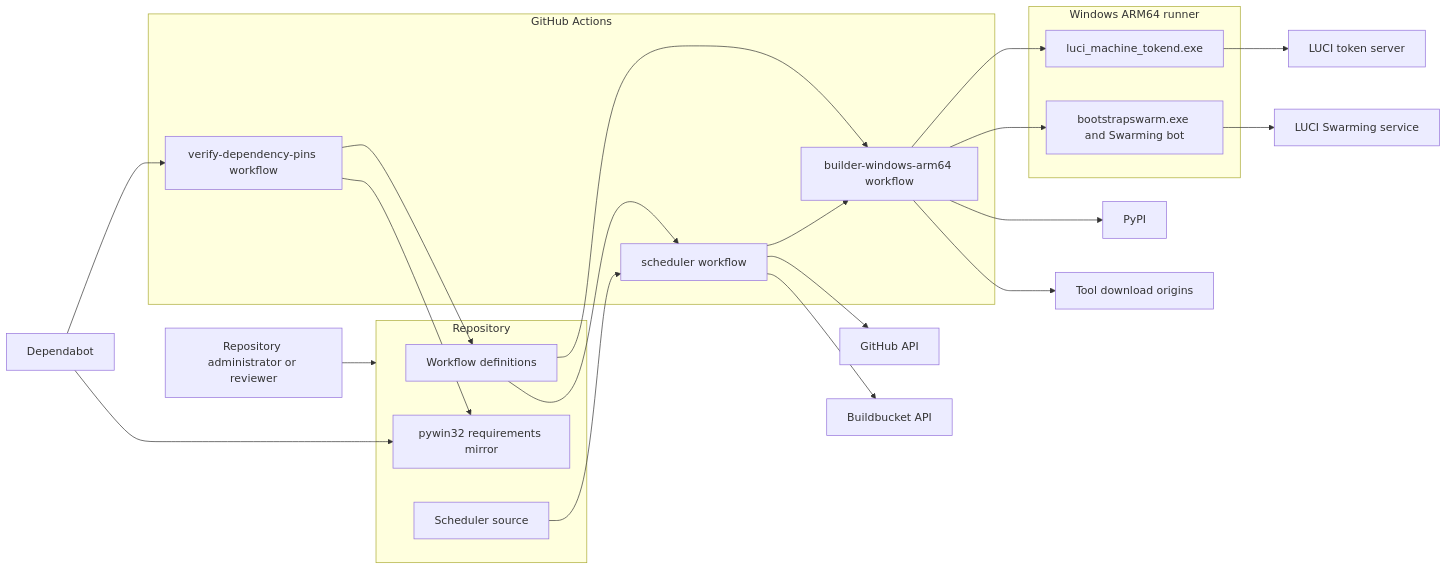
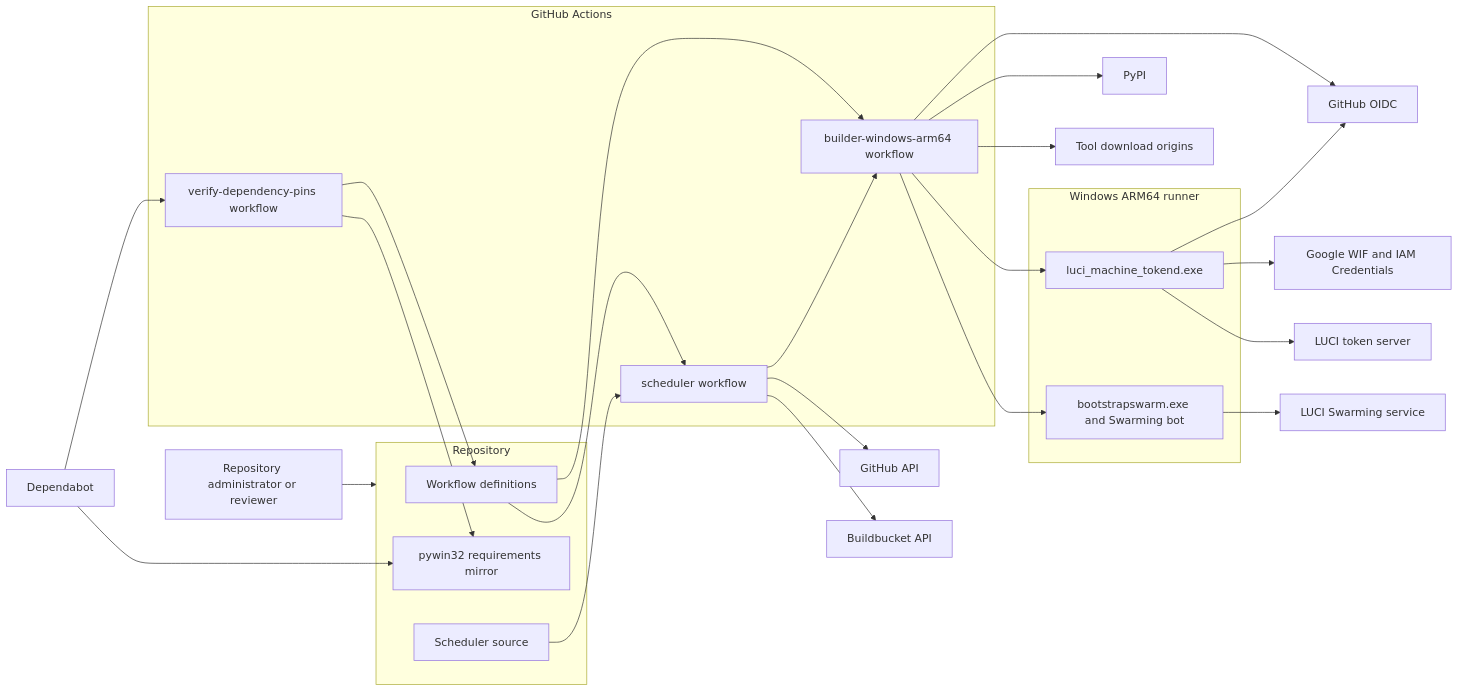
Before and after one commit to qmuntal/gobuilder: the diagram in DESIGN-SECURITY.MD, drawn with Mermaid. The commit also changed other lines of this file and 4 other files, not shown here.

````diff
--- a/DESIGN-SECURITY.MD
+++ b/DESIGN-SECURITY.MD
@@ -52,47 +55,52 @@
 ```mermaid
 flowchart LR
 	reviewer[Repository administrator or reviewer]
 	dependabot[Dependabot]
 
 	subgraph repo[Repository]
 		workflows[Workflow definitions]
 		requirements[pywin32 requirements mirror]
 		schedulerCode[Scheduler source]
 	end
 
 	subgraph actions[GitHub Actions]
 		scheduler[scheduler workflow]
 		builder[builder-windows-arm64 workflow]
 		verify[verify-dependency-pins workflow]
 	end
 
 	subgraph runner[Windows ARM64 runner]
 		tokend[luci_machine_tokend.exe]
 		swarming[bootstrapswarm.exe and Swarming bot]
 	end
 
 	githubAPI[GitHub API]
 	buildbucket[Buildbucket API]
 	pypi[PyPI]
 	toolDownloads[Tool download origins]
 	luciToken[LUCI token server]
+	githubOIDC[GitHub OIDC]
+	googleIAM[Google WIF and IAM Credentials]
 	swarmingService[LUCI Swarming service]
 
 	reviewer --> repo
 	dependabot --> requirements
 	dependabot --> verify
 	workflows --> scheduler
 	workflows --> builder
 	schedulerCode --> scheduler
 	scheduler --> githubAPI
 	scheduler --> buildbucket
 	scheduler --> builder
 	verify --> workflows
 	verify --> requirements
 	builder --> pypi
 	builder --> toolDownloads
 	builder --> tokend
+	builder --> githubOIDC
+	tokend --> githubOIDC
+	tokend --> googleIAM
 	tokend --> luciToken
 	builder --> swarming
 	swarming --> swarmingService
 ```
````
